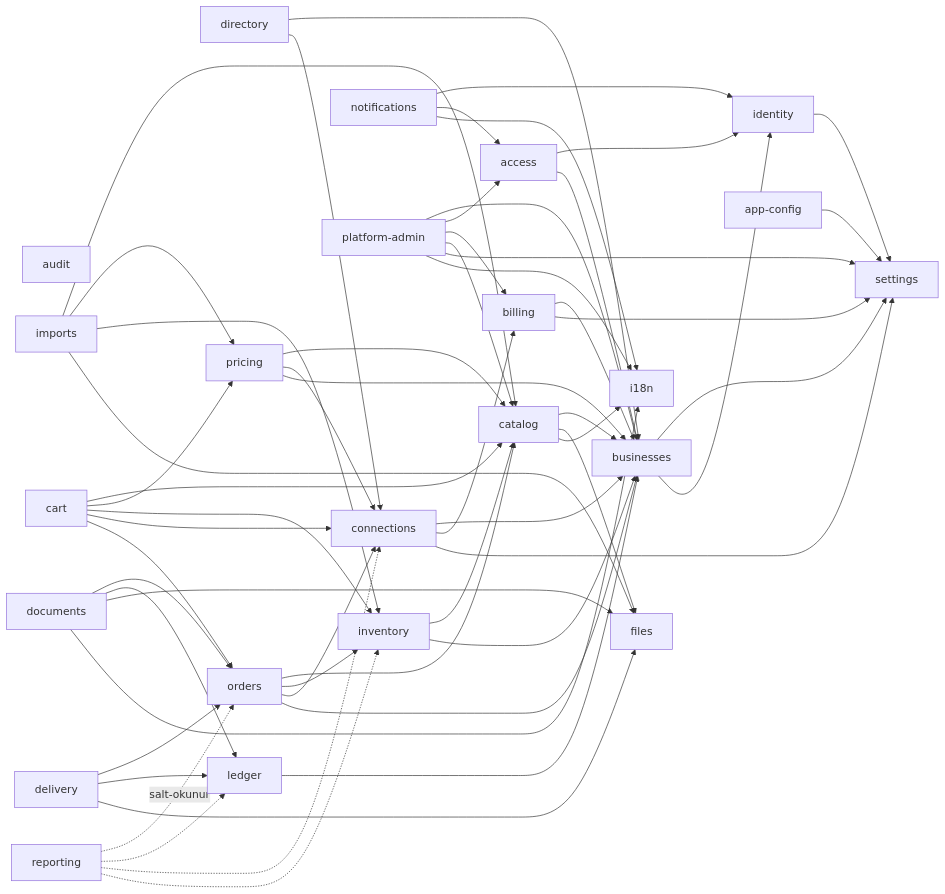
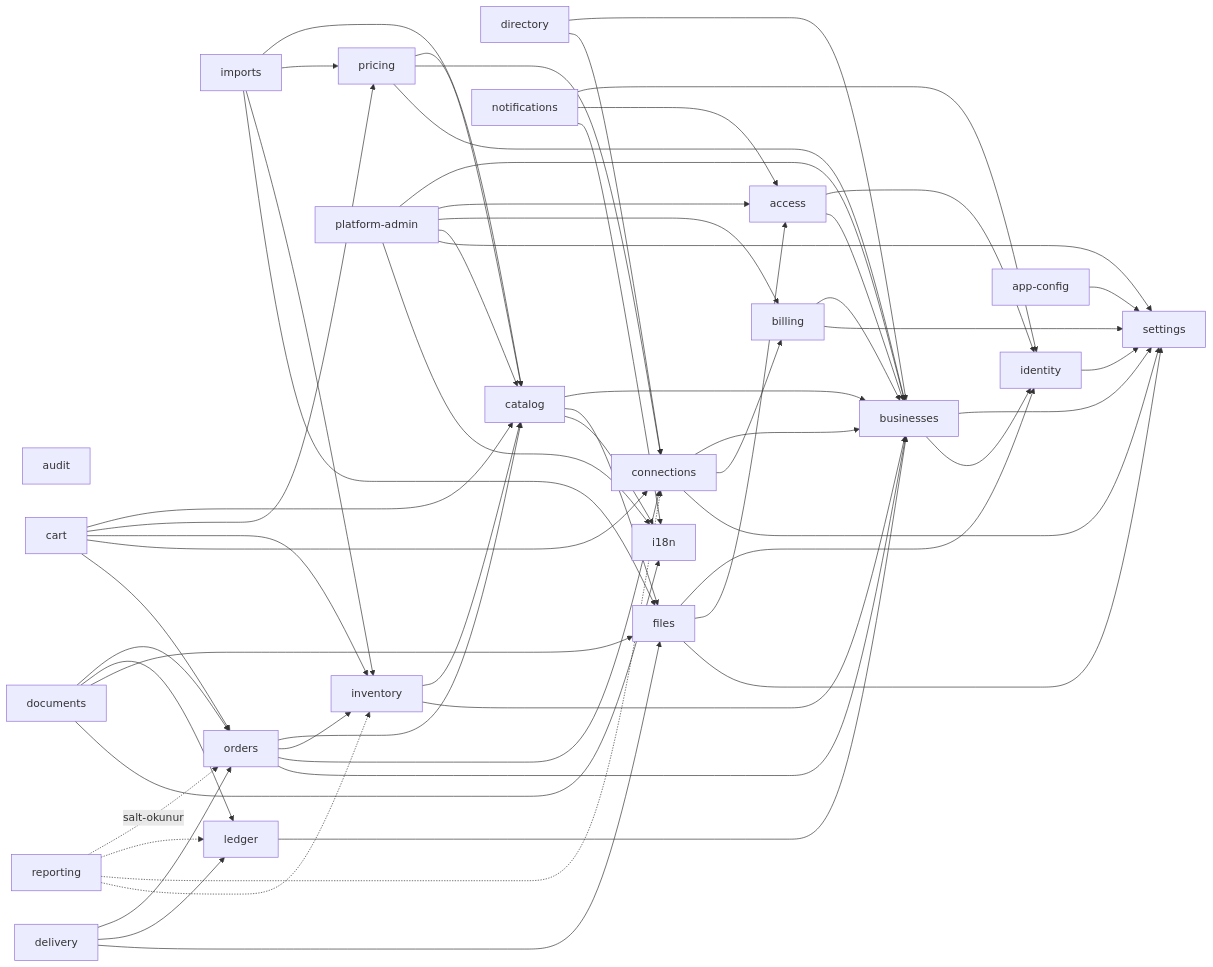
The diagram in docs/03-architecture/c4-component.md (MIRALIKAZIMLI/b2b-platform), drawn with Mermaid before and after one commit. The commit also changed 47 other files, not shown here.

````diff
--- a/docs/03-architecture/c4-component.md
+++ b/docs/03-architecture/c4-component.md
@@ -14,72 +14,76 @@
 ```mermaid
 flowchart LR
     identity
     settings
     i18n
     files
     audit
 
     identity --> settings
     businesses --> settings
     businesses --> identity
     access --> identity
     access --> businesses
     billing --> businesses
     billing --> settings
 
     connections --> businesses
     connections --> billing
     connections --> settings
     directory --> businesses
     directory --> connections
 
     catalog --> businesses
     catalog --> files
     catalog --> i18n
     imports --> catalog
     imports --> pricing
     imports --> inventory
     imports --> files
     pricing --> catalog
     pricing --> connections
     pricing --> businesses
     inventory --> catalog
     inventory --> businesses
 
     orders --> catalog
     orders --> inventory
     orders --> connections
     orders --> businesses
     cart --> catalog
     cart --> pricing
     cart --> inventory
     cart --> connections
     cart --> orders
 
     ledger --> businesses
     delivery --> orders
     delivery --> ledger
     delivery --> files
     documents --> orders
     documents --> ledger
     documents --> files
     documents --> i18n
 
     notifications --> identity
     notifications --> access
     notifications --> i18n
 
+    files --> identity
+    files --> access
+    files --> settings
+
     reporting -.->|"salt-okunur"| orders
     reporting -.-> ledger
     reporting -.-> connections
     reporting -.-> inventory
 
     platformadmin["platform-admin"] --> businesses
     platformadmin --> access
     platformadmin --> billing
     platformadmin --> catalog
     platformadmin --> settings
     platformadmin --> i18n
 
     appconfig["app-config"] --> settings
 ```
````
